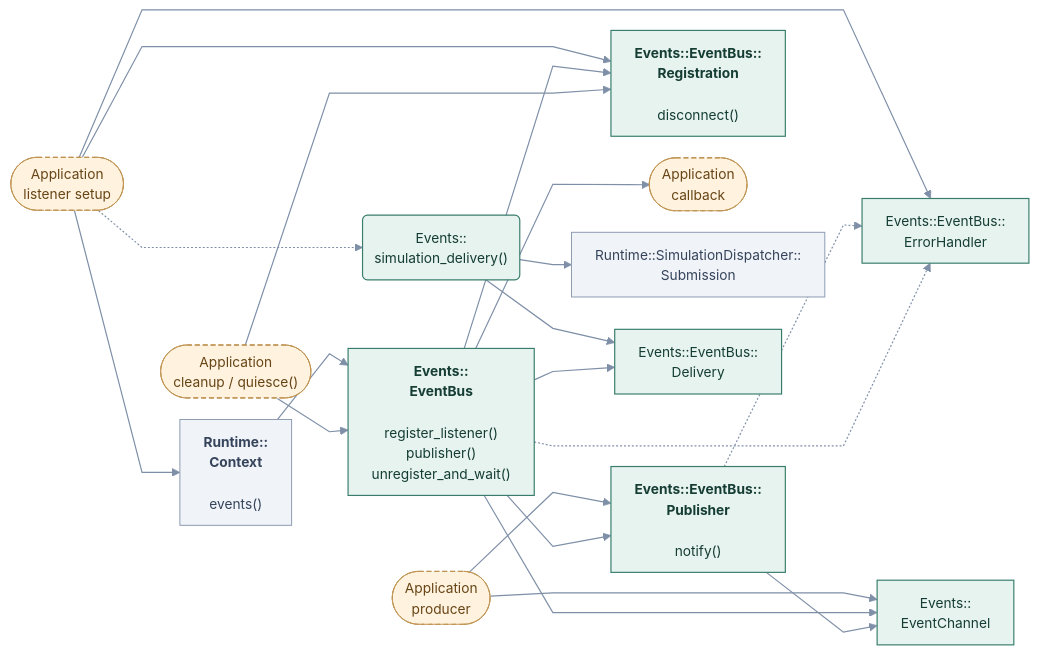
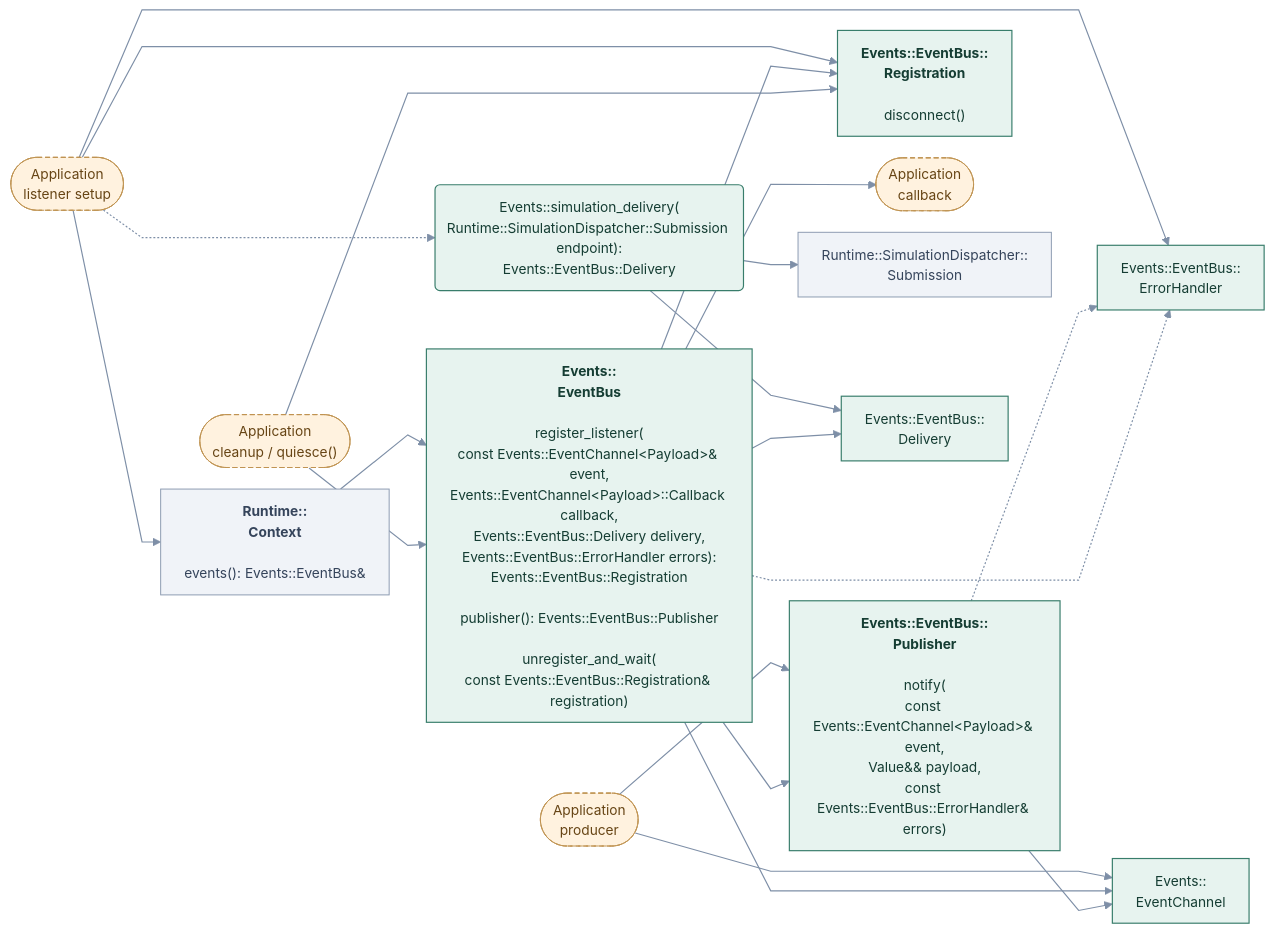
Before and after one commit to cppcooper/cheryl-engine: the diagram in docs/site/engine-systems/diagrams/events-application.mmd, drawn with Mermaid. The commit also changed 22 other files, not shown here.

First line of the commit message:
Adds argument and result types to application diagrams

```diff
--- a/docs/site/engine-systems/diagrams/events-application.mmd
+++ b/docs/site/engine-systems/diagrams/events-application.mmd
@@ -1,53 +1,53 @@
 ---
 config:
   theme: base
   themeVariables:
     fontFamily: system-ui, sans-serif
     fontSize: 14px
   flowchart:
     htmlLabels: true
     curve: linear
     nodeSpacing: 22
     rankSpacing: 38
     padding: 12
 ---
 flowchart LR
     accTitle: Events · application registration and delivery
     accDescr: Arrows point toward the API or type used, not call order or data flow. Methods beneath type names are selected application entry points; Implement hooks marks engine-invoked overrides. Dashed arrows mark optional choices.
     k0(["Application<br/>producer"]):::app
     k1["Events::<br/>EventChannel"]:::focal
-    k2["<b>Events::EventBus::<br/>Publisher</b><br/><br/>notify()"]:::focal
+    k2["<b>Events::EventBus::<br/>Publisher</b><br/><br/>notify(<br/>const Events::EventChannel&lt;Payload&gt;&amp; event,<br/>Value&amp;&amp; payload,<br/>const Events::EventBus::ErrorHandler&amp; errors)"]:::focal
     k3(["Application<br/>listener setup"]):::app
-    k4["<b>Runtime::<br/>Context</b><br/><br/>events()"]:::neighbor
-    k5["<b>Events::<br/>EventBus</b><br/><br/>register_listener()<br/>publisher()<br/>unregister_and_wait()"]:::focal
+    k4["<b>Runtime::<br/>Context</b><br/><br/>events(): Events::EventBus&amp;"]:::neighbor
+    k5["<b>Events::<br/>EventBus</b><br/><br/>register_listener(<br/>const Events::EventChannel&lt;Payload&gt;&amp; event,<br/>Events::EventChannel&lt;Payload&gt;::Callback callback,<br/>Events::EventBus::Delivery delivery,<br/>Events::EventBus::ErrorHandler errors):<br/>Events::EventBus::Registration<br/><br/>publisher(): Events::EventBus::Publisher<br/><br/>unregister_and_wait(<br/>const Events::EventBus::Registration&amp; registration)"]:::focal
     k6["<b>Events::EventBus::<br/>Registration</b><br/><br/>disconnect()"]:::focal
     k7(["Application<br/>callback"]):::app
-    k8("Events::<br/>simulation_delivery()"):::focal
+    k8("Events::simulation_delivery(<br/>Runtime::SimulationDispatcher::Submission endpoint):<br/>Events::EventBus::Delivery"):::focal
     k9["Runtime::SimulationDispatcher::<br/>Submission"]:::neighbor
     k10["Events::EventBus::<br/>Delivery"]:::focal
     k11["Events::EventBus::<br/>ErrorHandler"]:::focal
     k12(["Application<br/>cleanup / quiesce()"]):::app
     k0 --> k1
     k0 --> k2
     k3 --> k6
     k5 --> k1
     k5 --> k6
     k5 --> k7
     k3 -.-> k8
     k8 --> k9
     k8 --> k10
     k5 --> k10
     k3 --> k11
     k12 --> k6
     k3 --> k4
     k4 --> k5
     k5 --> k2
     k12 --> k5
     k2 --> k1
     k2 -.-> k11
     k5 -.-> k11
     classDef focal fill:#e7f3ef,stroke:#387d6b,color:#153d33,stroke-width:1.2px
     classDef neighbor fill:#f0f3f8,stroke:#8c9bb1,color:#35445b,stroke-width:1px
     classDef app fill:#fff2df,stroke:#c09452,color:#674515,stroke-dasharray:5 3
     classDef system fill:#eaf0fc,stroke:#617fab,color:#263f69,stroke-width:1.2px
     linkStyle default stroke:#7e8fa7,stroke-width:1.2px
```
